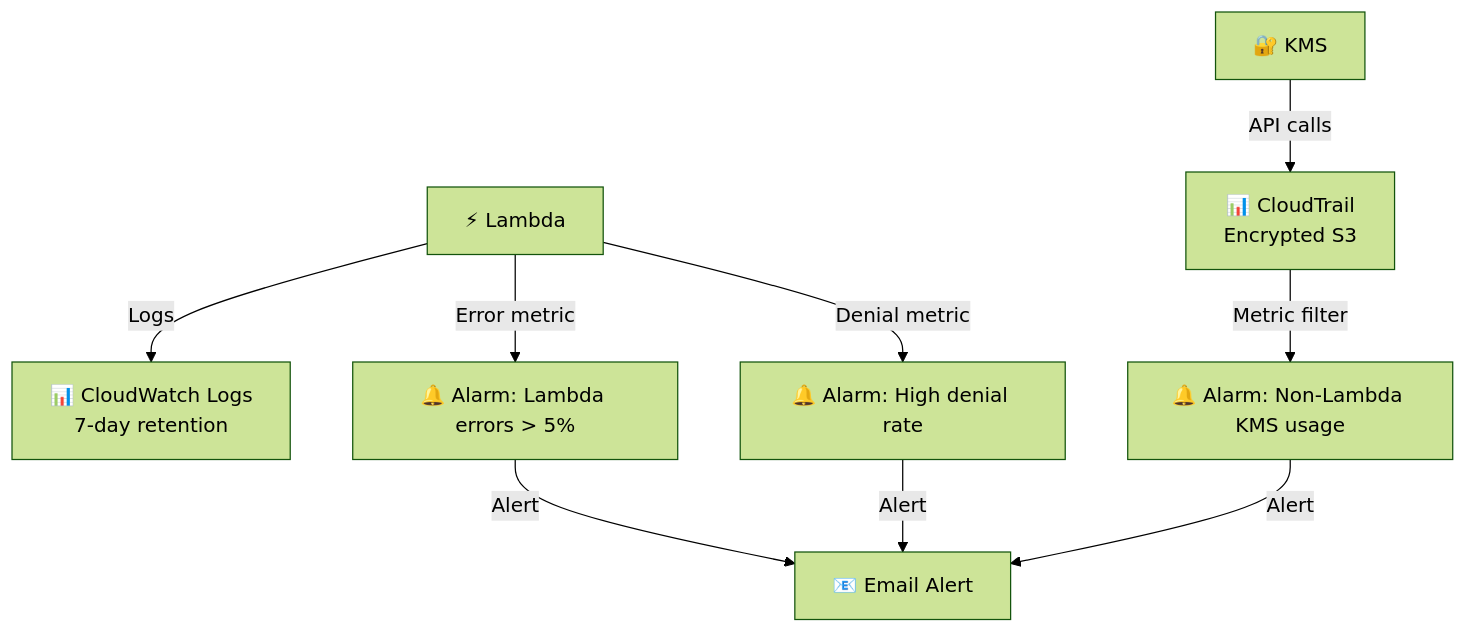
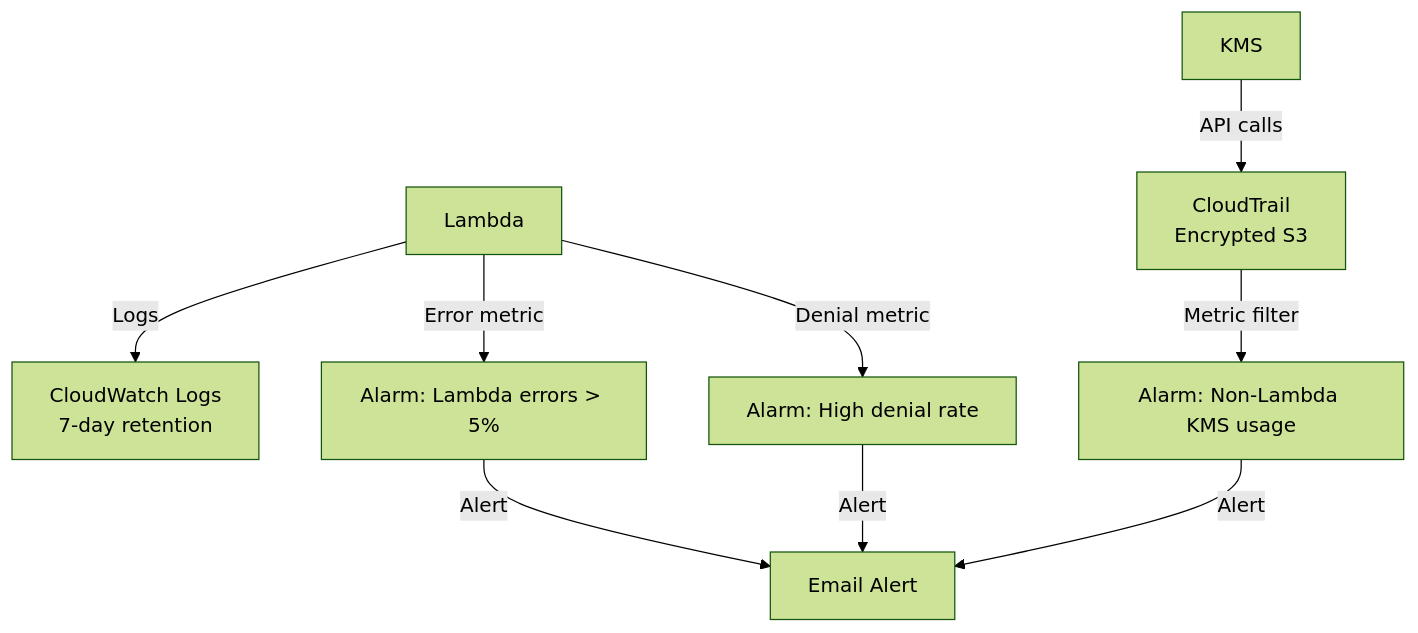
Before and after one commit to umarhashmi2002/hedera-kms-signer: diagram 12 of 13 in README.md, drawn with Mermaid (forest theme). The commit also changed other lines of this file and 3 other files, not shown here.

````diff
--- a/README.md
+++ b/README.md
@@ -313,11 +313,11 @@
 ```mermaid
 graph TB
-    Lambda[⚡ Lambda] -->|Logs| CWLogs[📊 CloudWatch Logs<br/>7-day retention]
-    KMS[🔐 KMS] -->|API calls| CT[📊 CloudTrail<br/>Encrypted S3]
-    CT -->|Metric filter| CW1[🔔 Alarm: Non-Lambda KMS usage]
-    Lambda -->|Error metric| CW2[🔔 Alarm: Lambda errors > 5%]
-    Lambda -->|Denial metric| CW3[🔔 Alarm: High denial rate]
-    CW1 -->|Alert| SNS[📧 Email Alert]
+    Lambda[Lambda] -->|Logs| CWLogs[CloudWatch Logs<br/>7-day retention]
+    KMS[KMS] -->|API calls| CT[CloudTrail<br/>Encrypted S3]
+    CT -->|Metric filter| CW1[Alarm: Non-Lambda KMS usage]
+    Lambda -->|Error metric| CW2[Alarm: Lambda errors > 5%]
+    Lambda -->|Denial metric| CW3[Alarm: High denial rate]
+    CW1 -->|Alert| SNS[Email Alert]
     CW2 -->|Alert| SNS
     CW3 -->|Alert| SNS
 ```
````
